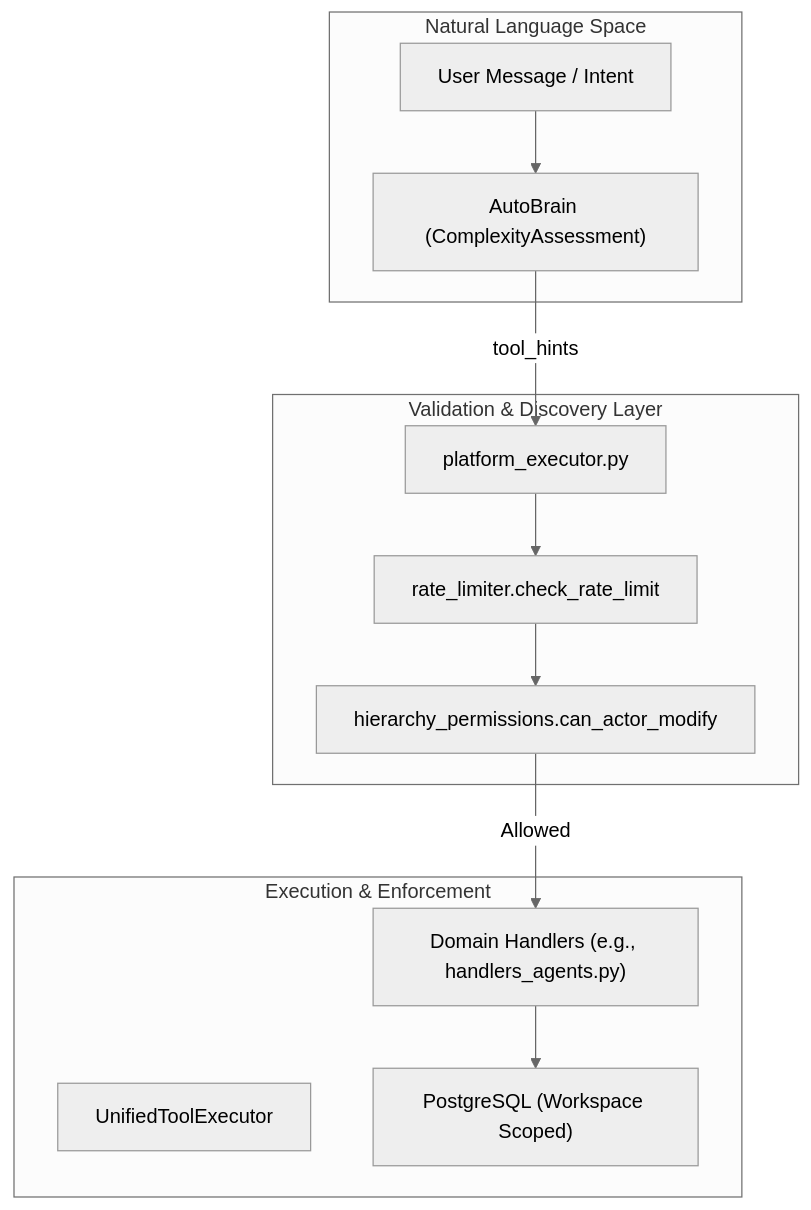
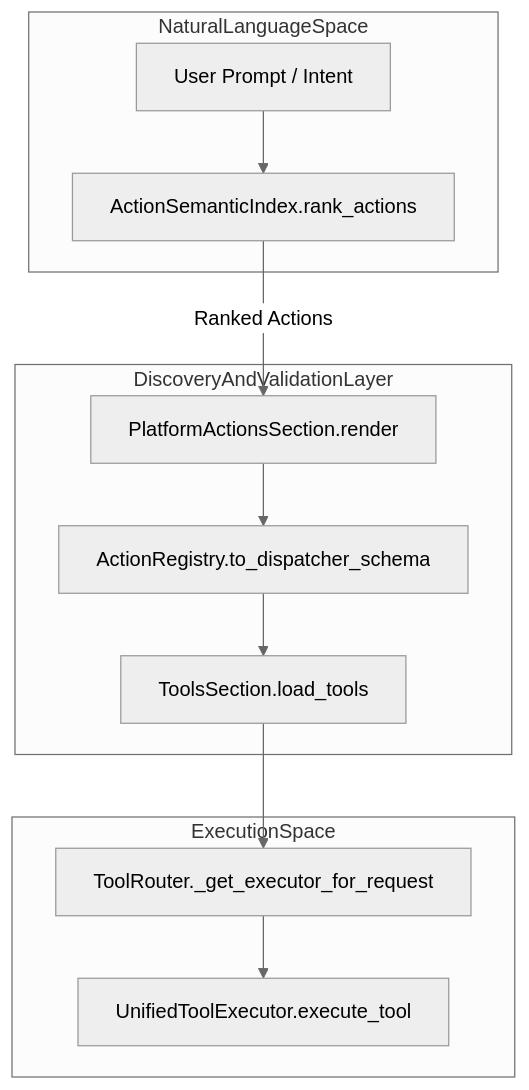
One commit to AutomatosAI/automatos-ai changed the first of 2 diagrams in docs/tools-integrations/permission-validation-system.md. Above: the diagram before and after it, drawn with Mermaid (neutral theme). The commit also changed other lines of this file and 191 other files, not shown here.

````diff
--- a/docs/tools-integrations/permission-validation-system.md
+++ b/docs/tools-integrations/permission-validation-system.md
@@ -49,26 +59,25 @@
 ```mermaid
 graph TD
-    subgraph "Natural Language Space"
-        UserMsg["User Message / Intent"]
-        AutoBrain["AutoBrain (ComplexityAssessment)"]
+    subgraph "NaturalLanguageSpace"
+        UserMsg["User Prompt / Intent"]
+        SemanticIdx["ActionSemanticIndex.rank_actions"]
     end
 
-    subgraph "Validation & Discovery Layer"
-        PlatformEx["platform_executor.py"]
-        Hierarchy["hierarchy_permissions.can_actor_modify"]
-        RateLimit["rate_limiter.check_rate_limit"]
+    subgraph "DiscoveryAndValidationLayer"
+        Reg["ActionRegistry.to_dispatcher_schema"]
+        SecSection["PlatformActionsSection.render"]
+        ToolSec["ToolsSection.load_tools"]
     end
 
-    subgraph "Execution & Enforcement"
-        UniExec["UnifiedToolExecutor"]
-        Handler["Domain Handlers (e.g., handlers_agents.py)"]
-        DB["PostgreSQL (Workspace Scoped)"]
+    subgraph "ExecutionSpace"
+        Exec["UnifiedToolExecutor.execute_tool"]
+        Router["ToolRouter._get_executor_for_request"]
     end
 
-    UserMsg --> AutoBrain
-    AutoBrain -->|tool_hints| PlatformEx
-    PlatformEx --> RateLimit
-    RateLimit --> Hierarchy
-    Hierarchy -->|Allowed| Handler
-    Handler --> DB
+    UserMsg --> SemanticIdx
+    SemanticIdx -->|Ranked Actions| SecSection
+    SecSection --> Reg
+    Reg --> ToolSec
+    ToolSec --> Router
+    Router --> Exec
 ```
````
